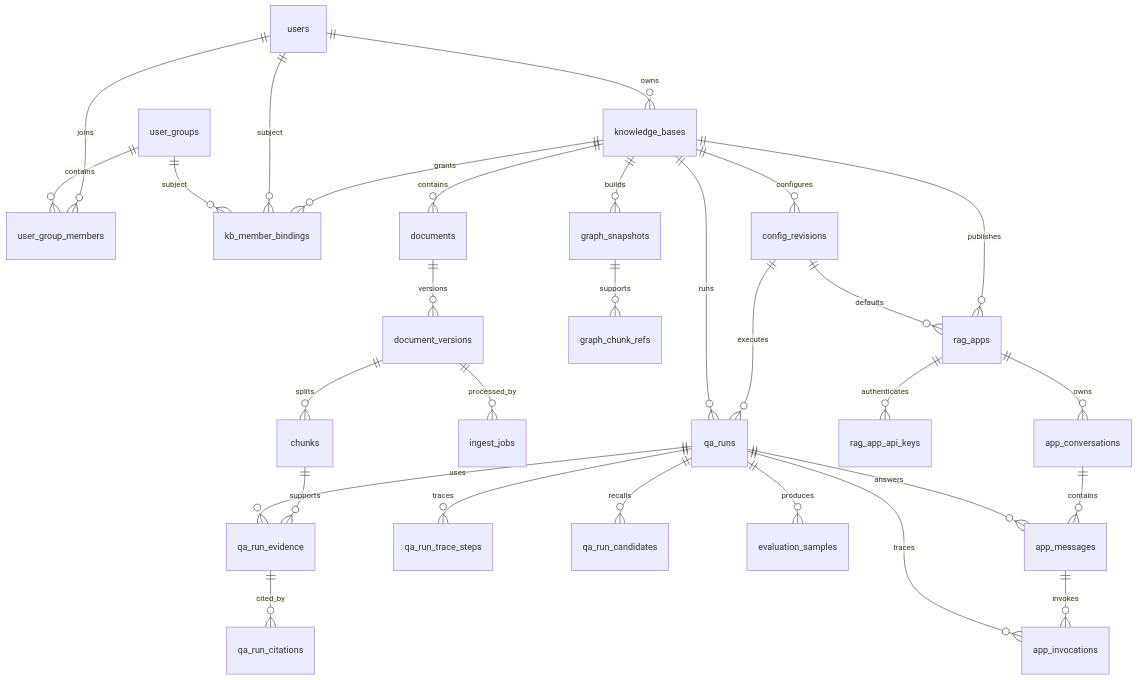
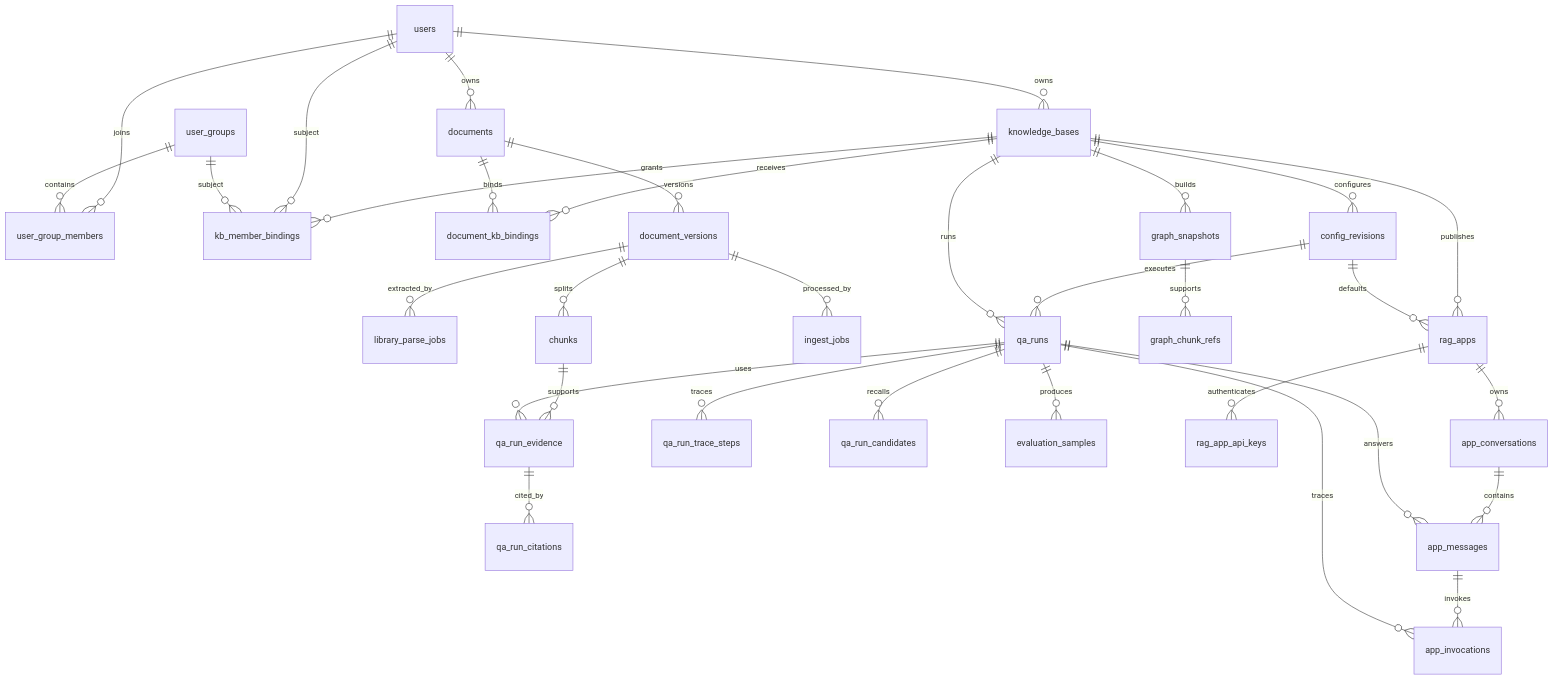
The diagram in docs/03-系统设计/数据模型设计.md (jinguoyang/RAG-Lab), drawn with Mermaid before and after one commit. The commit also changed other lines of this file and 12 other files, not shown here.

````diff
--- a/docs/03-系统设计/数据模型设计.md
+++ b/docs/03-系统设计/数据模型设计.md
@@ -69,32 +69,35 @@
 ```mermaid
 erDiagram
     users ||--o{ user_group_members : joins
     user_groups ||--o{ user_group_members : contains
     users ||--o{ knowledge_bases : owns
     knowledge_bases ||--o{ kb_member_bindings : grants
     users ||--o{ kb_member_bindings : subject
     user_groups ||--o{ kb_member_bindings : subject
-    knowledge_bases ||--o{ documents : contains
+    users ||--o{ documents : owns
+    knowledge_bases ||--o{ document_kb_bindings : receives
+    documents ||--o{ document_kb_bindings : binds
     documents ||--o{ document_versions : versions
+    document_versions ||--o{ library_parse_jobs : extracted_by
     document_versions ||--o{ chunks : splits
     document_versions ||--o{ ingest_jobs : processed_by
     chunks ||--o{ qa_run_evidence : supports
     knowledge_bases ||--o{ config_revisions : configures
     config_revisions ||--o{ qa_runs : executes
     knowledge_bases ||--o{ qa_runs : runs
     qa_runs ||--o{ qa_run_trace_steps : traces
     qa_runs ||--o{ qa_run_candidates : recalls
     qa_runs ||--o{ qa_run_evidence : uses
     qa_run_evidence ||--o{ qa_run_citations : cited_by
     qa_runs ||--o{ evaluation_samples : produces
     knowledge_bases ||--o{ graph_snapshots : builds
     graph_snapshots ||--o{ graph_chunk_refs : supports
     knowledge_bases ||--o{ rag_apps : publishes
     config_revisions ||--o{ rag_apps : defaults
     rag_apps ||--o{ rag_app_api_keys : authenticates
     rag_apps ||--o{ app_conversations : owns
     app_conversations ||--o{ app_messages : contains
     app_messages ||--o{ app_invocations : invokes
     qa_runs ||--o{ app_messages : answers
     qa_runs ||--o{ app_invocations : traces
 ```
````
